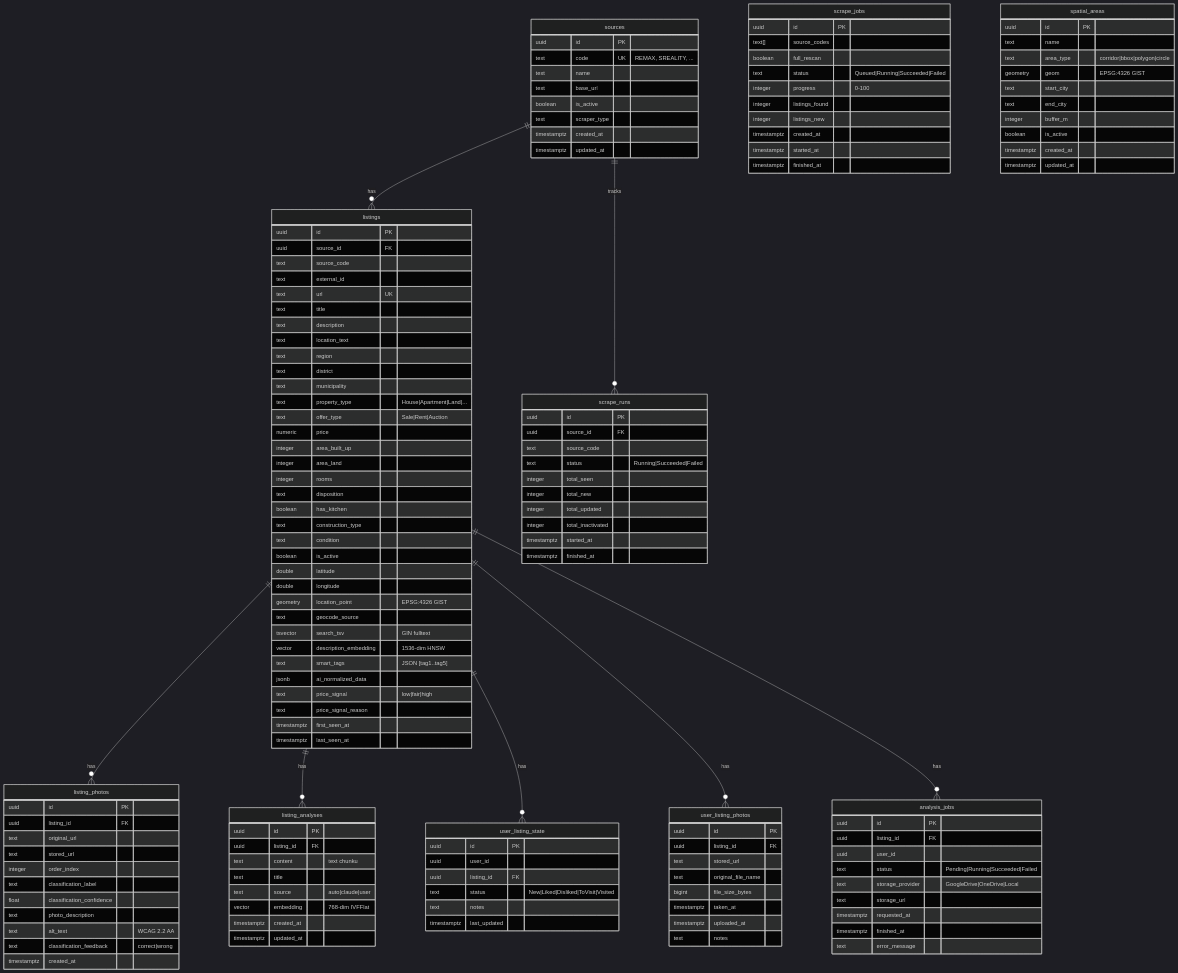
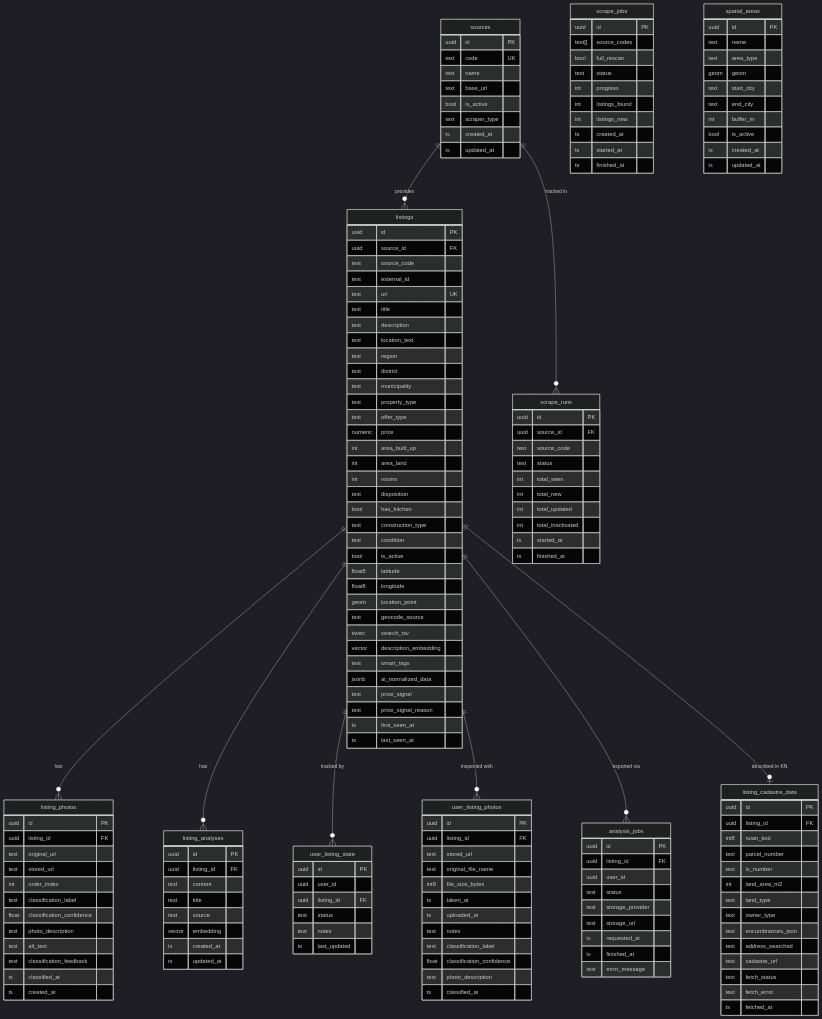
One commit to cybersmurf/RealEstateAggregator changed diagram 16 of 19 in docs/ARCHITECTURE.md. Above: the diagram before and after it, drawn with Mermaid (dark theme). The commit also changed other lines of this file, not shown here.

Commit message:
docs: ARCHITECTURE.md – kompletní přepis Session 19, 16 sekcí, Mermaid diagramy

````diff
--- a/docs/ARCHITECTURE.md
+++ b/docs/ARCHITECTURE.md
@@ -741,154 +985,177 @@
 ```mermaid
 erDiagram
     sources {
-        uuid id PK
-        text code UK "REMAX, SREALITY, ..."
-        text name
-        text base_url
-        boolean is_active
-        text scraper_type
-        timestamptz created_at
-        timestamptz updated_at
+        uuid   id        PK
+        text   code      UK
+        text   name
+        text   base_url
+        bool   is_active
+        text   scraper_type
+        ts     created_at
+        ts     updated_at
     }
 
     listings {
-        uuid id PK
-        uuid source_id FK
-        text source_code
-        text external_id
-        text url UK
-        text title
-        text description
-        text location_text
-        text region
-        text district
-        text municipality
-        text property_type "House|Apartment|Land|..."
-        text offer_type "Sale|Rent|Auction"
+        uuid    id                PK
+        uuid    source_id         FK
+        text    source_code
+        text    external_id
+        text    url               UK
+        text    title
+        text    description
+        text    location_text
+        text    region
+        text    district
+        text    municipality
+        text    property_type
+        text    offer_type
         numeric price
-        integer area_built_up
-        integer area_land
-        integer rooms
-        text disposition
-        boolean has_kitchen
-        text construction_type
-        text condition
-        boolean is_active
-        double latitude
-        double longitude
-        geometry location_point "EPSG:4326 GIST"
-        text geocode_source
-        tsvector search_tsv "GIN fulltext"
-        vector description_embedding "1536-dim HNSW"
-        text smart_tags "JSON [tag1..tag5]"
-        jsonb ai_normalized_data
-        text price_signal "low|fair|high"
-        text price_signal_reason
-        timestamptz first_seen_at
-        timestamptz last_seen_at
+        int     area_built_up
+        int     area_land
+        int     rooms
+        text    disposition
+        bool    has_kitchen
+        text    construction_type
+        text    condition
+        bool    is_active
+        float8  latitude
+        float8  longitude
+        geom    location_point
+        text    geocode_source
+        tsvec   search_tsv
+        vector  description_embedding
+        text    smart_tags
+        jsonb   ai_normalized_data
+        text    price_signal
+        text    price_signal_reason
+        ts      first_seen_at
+        ts      last_seen_at
     }
 
     listing_photos {
-        uuid id PK
-        uuid listing_id FK
-        text original_url
-        text stored_url
-        integer order_index
-        text classification_label
+        uuid  id                      PK
+        uuid  listing_id              FK
+        text  original_url
+        text  stored_url
+        int   order_index
+        text  classification_label
         float classification_confidence
-        text photo_description
-        text alt_text "WCAG 2.2 AA"
-        text classification_feedback "correct|wrong"
-        timestamptz created_at
+        text  photo_description
+        text  alt_text
+        text  classification_feedback
+        ts    classified_at
+        ts    created_at
     }
 
     listing_analyses {
-        uuid id PK
-        uuid listing_id FK
-        text content "text chunku"
-        text title
-        text source "auto|claude|user"
-        vector embedding "768-dim IVFFlat"
-        timestamptz created_at
-        timestamptz updated_at
+        uuid   id         PK
+        uuid   listing_id FK
+        text   content
+        text   title
+        text   source
+        vector embedding
+        ts     created_at
+        ts     updated_at
     }
 
     user_listing_state {
-        uuid id PK
-        uuid user_id
-        uuid listing_id FK
-        text status "New|Liked|Disliked|ToVisit|Visited"
-        text notes
-        timestamptz last_updated
+        uuid  id           PK
+        uuid  user_id
+        uuid  listing_id   FK
+        text  status
+        text  notes
+        ts    last_updated
     }
 
     user_listing_photos {
-        uuid id PK
-        uuid listing_id FK
-        text stored_url
-        text original_file_name
-        bigint file_size_bytes
-        timestamptz taken_at
-        timestamptz uploaded_at
-        text notes
+        uuid   id                 PK
+        uuid   listing_id         FK
+        text   stored_url
+        text   original_file_name
+        int8   file_size_bytes
+        ts     taken_at
+        ts     uploaded_at
+        text   notes
+        text   classification_label
+        float  classification_confidence
+        text   photo_description
+        ts     classified_at
+    }
+
+    listing_cadastre_data {
+        uuid  id              PK
+        uuid  listing_id      FK
+        int8  ruian_kod
+        text  parcel_number
+        text  lv_number
+        int   land_area_m2
+        text  land_type
+        text  owner_type
+        text  encumbrances_json
+        text  address_searched
+        text  cadastre_url
+        text  fetch_status
+        text  fetch_error
+        ts    fetched_at
     }
 
     analysis_jobs {
-        uuid id PK
-        uuid listing_id FK
-        uuid user_id
-        text status "Pending|Running|Succeeded|Failed"
-        text storage_provider "GoogleDrive|OneDrive|Local"
-        text storage_url
-        timestamptz requested_at
-        timestamptz finished_at
-        text error_message
+        uuid  id               PK
+        uuid  listing_id       FK
+        uuid  user_id
+        text  status
+        text  storage_provider
+        text  storage_url
+        ts    requested_at
+        ts    finished_at
+        text  error_message
     }
 
     scrape_runs {
-        uuid id PK
-        uuid source_id FK
-        text source_code
-        text status "Running|Succeeded|Failed"
-        integer total_seen
-        integer total_new
-        integer total_updated
-        integer total_inactivated
-        timestamptz started_at
-        timestamptz finished_at
+        uuid  id                 PK
+        uuid  source_id          FK
+        text  source_code
+        text  status
+        int   total_seen
+        int   total_new
+        int   total_updated
+        int   total_inactivated
+        ts    started_at
+        ts    finished_at
     }
 
     scrape_jobs {
-        uuid id PK
+        uuid   id           PK
         text[] source_codes
-        boolean full_rescan
-        text status "Queued|Running|Succeeded|Failed"
-        integer progress "0-100"
-        integer listings_found
-        integer listings_new
-        timestamptz created_at
-        timestamptz started_at
-        timestamptz finished_at
+        bool   full_rescan
+        text   status
+        int    progress
+        int    listings_found
+        int    listings_new
+        ts     created_at
+        ts     started_at
+        ts     finished_at
     }
 
     spatial_areas {
-        uuid id PK
-        text name
-        text area_type "corridor|bbox|polygon|circle"
-        geometry geom "EPSG:4326 GIST"
-        text start_city
-        text end_city
-        integer buffer_m
-        boolean is_active
-        timestamptz created_at
-        timestamptz updated_at
+        uuid  id          PK
+        text  name
+        text  area_type
+        geom  geom
+        text  start_city
+        text  end_city
+        int   buffer_m
+        bool  is_active
+        ts    created_at
+        ts    updated_at
     }
 
-    sources ||--o{ listings : "has"
-    listings ||--o{ listing_photos : "has"
-    listings ||--o{ listing_analyses : "has"
-    listings ||--o{ user_listing_state : "has"
-    listings ||--o{ user_listing_photos : "has"
-    listings ||--o{ analysis_jobs : "has"
-    sources ||--o{ scrape_runs : "tracks"
+    sources              ||--o{ listings              : "provides"
+    listings             ||--o{ listing_photos        : "has"
+    listings             ||--o{ listing_analyses      : "has"
+    listings             ||--o{ user_listing_state    : "tracked by"
+    listings             ||--o{ user_listing_photos   : "inspected with"
+    listings             ||--o{ analysis_jobs         : "exported via"
+    listings             ||--o|  listing_cadastre_data : "described in KN"
+    sources              ||--o{ scrape_runs           : "tracked in"
 ```
````
